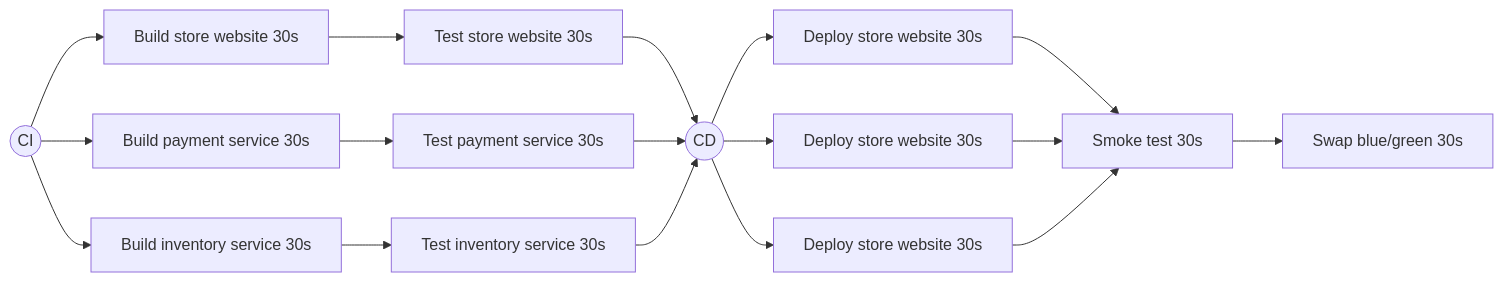
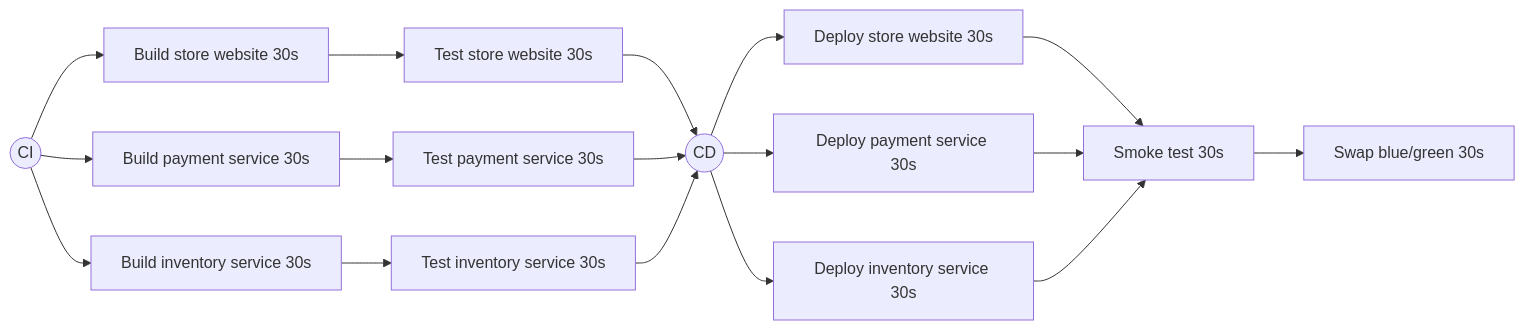
Before and after one commit to samsmithnz/ParallelPipelinesDemo: the second of 2 diagrams in README.md, drawn with Mermaid.

````diff
--- a/README.md
+++ b/README.md
@@ -12,10 +12,10 @@
 ```mermaid
   graph LR;
       ci((CI))-->buildWeb[Build store website 30s]-->testWeb[Test store website 30s]-->cd((CD));
       ci((CI))-->buildPay[Build payment service 30s]-->testPay[Test payment service 30s]-->cd((CD));
       ci((CI))-->buildInv[Build inventory service 30s]-->testInv[Test inventory service 30s]-->cd((CD));
       cd((CD))-->deployWeb[Deploy store website 30s]-->smoke[Smoke test 30s];
-      cd((CD))-->deployPay[Deploy store website 30s]-->smoke[Smoke test 30s];
-      cd((CD))-->deployInv[Deploy store website 30s]-->smoke[Smoke test 30s];
+      cd((CD))-->deployPay[Deploy payment service 30s]-->smoke[Smoke test 30s];
+      cd((CD))-->deployInv[Deploy inventory service 30s]-->smoke[Smoke test 30s];
       smoke[Smoke test 30s]-->swap[Swap blue/green 30s];      
 ```
````
